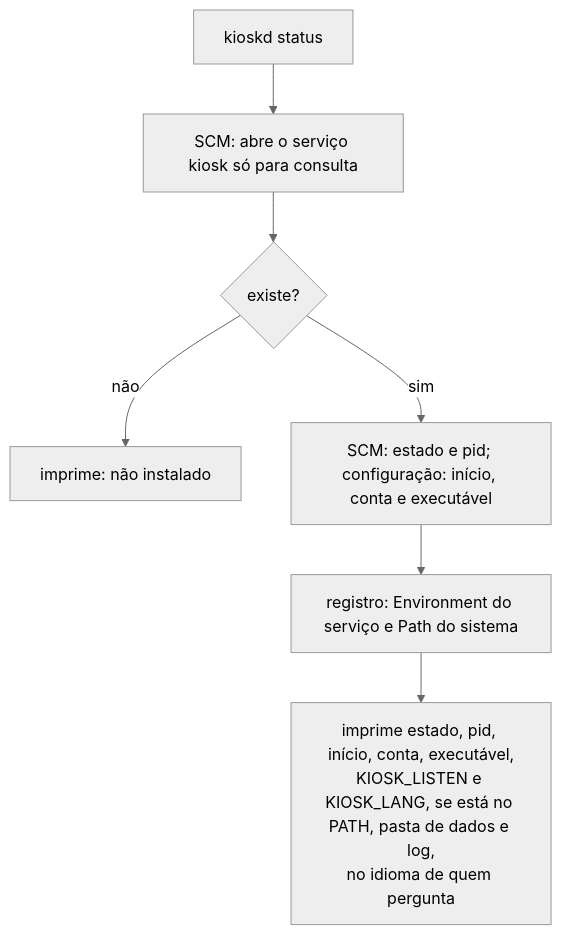
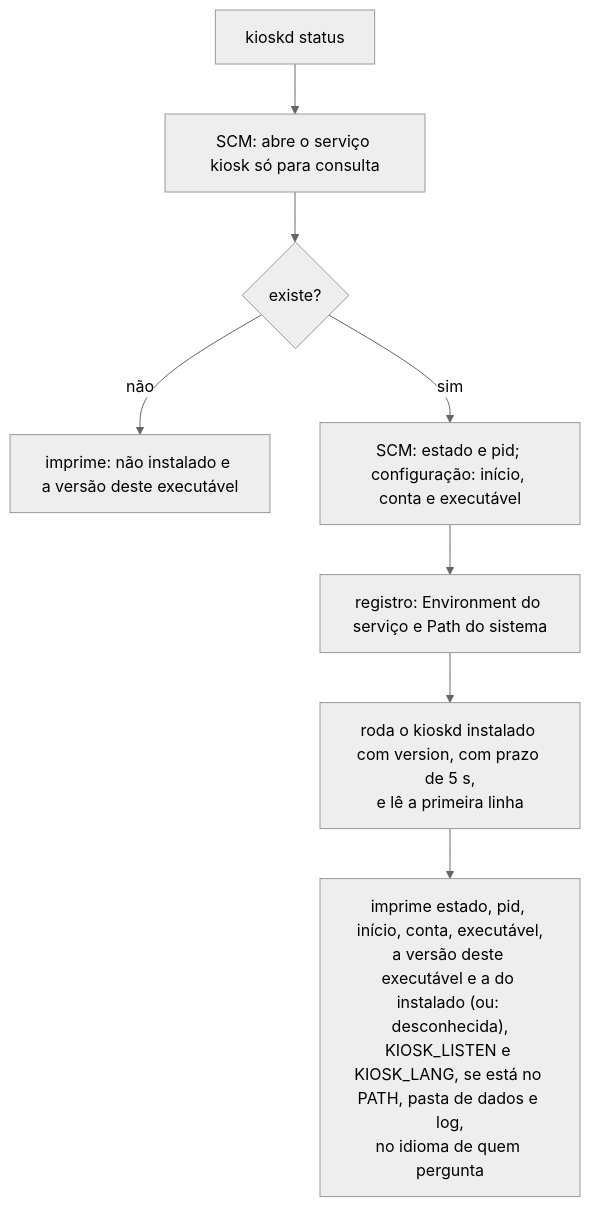
One commit to jefersonlop3s/kiosk-engine changed diagram 20 of 30 in docs/architecture/fluxos-dos-comandos.md. Above: the diagram before and after it, drawn with Mermaid (neutral theme). The commit also changed other lines of this file and 16 other files, not shown here.

First line of the commit message:
feat(cli): kioskd/kioskctl version, versão no status e no install; sondagem do pipe sem erro

````diff
--- a/docs/architecture/fluxos-dos-comandos.md
+++ b/docs/architecture/fluxos-dos-comandos.md
@@ -330,9 +330,10 @@
 ```mermaid
 flowchart TD
     A["kioskd status"] --> B["SCM: abre o serviço kiosk só para consulta"]
     B --> C{"existe?"}
-    C -->|não| R1["imprime: não instalado"]
+    C -->|não| R1["imprime: não instalado e a versão deste executável"]
     C -->|sim| D["SCM: estado e pid; configuração: início, conta e executável"]
     D --> E["registro: Environment do serviço e Path do sistema"]
-    E --> R2["imprime estado, pid, início, conta, executável,<br/>KIOSK_LISTEN e KIOSK_LANG, se está no PATH, pasta de dados e log,<br/>no idioma de quem pergunta"]
+    E --> V["roda o kioskd instalado com version, com prazo de 5 s,<br/>e lê a primeira linha"]
+    V --> R2["imprime estado, pid, início, conta, executável,<br/>a versão deste executável e a do instalado (ou: desconhecida),<br/>KIOSK_LISTEN e KIOSK_LANG, se está no PATH, pasta de dados e log,<br/>no idioma de quem pergunta"]
 ```
````
